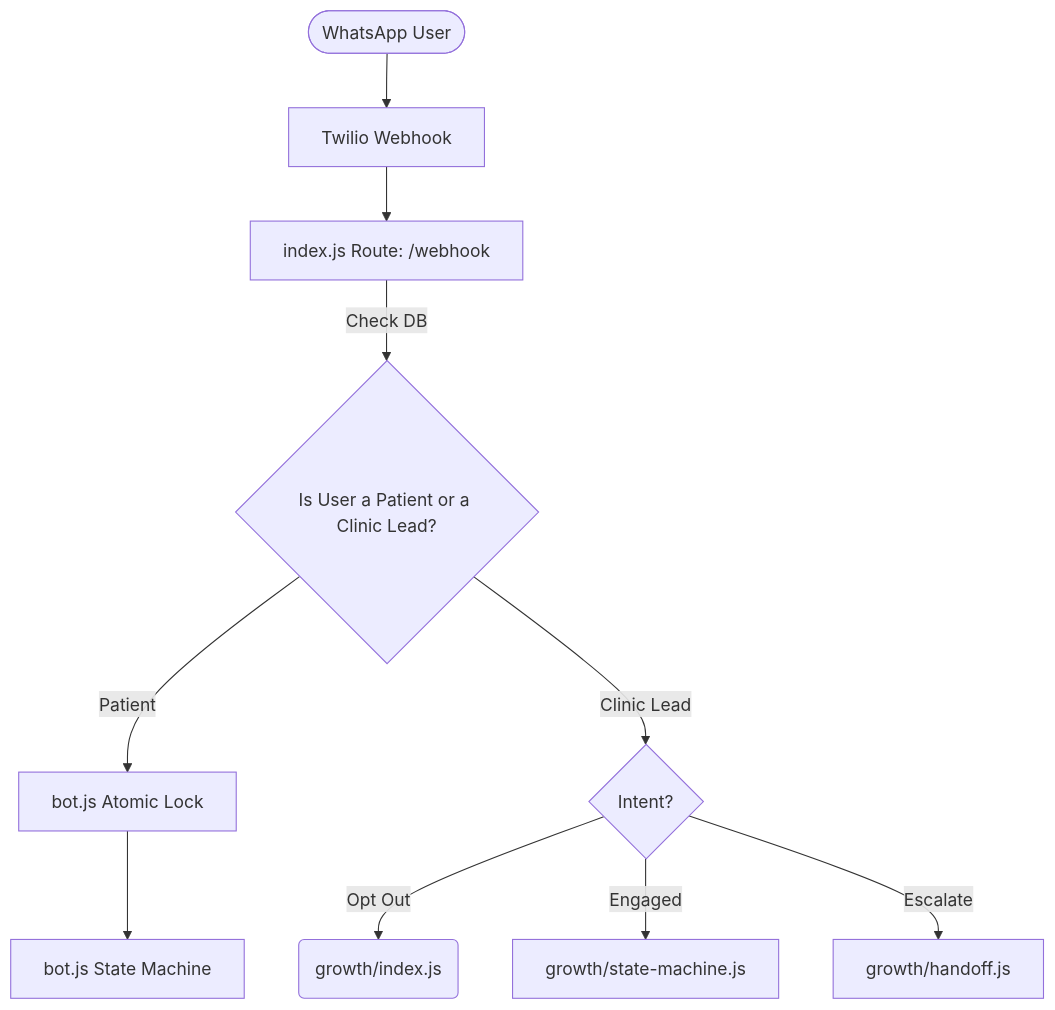
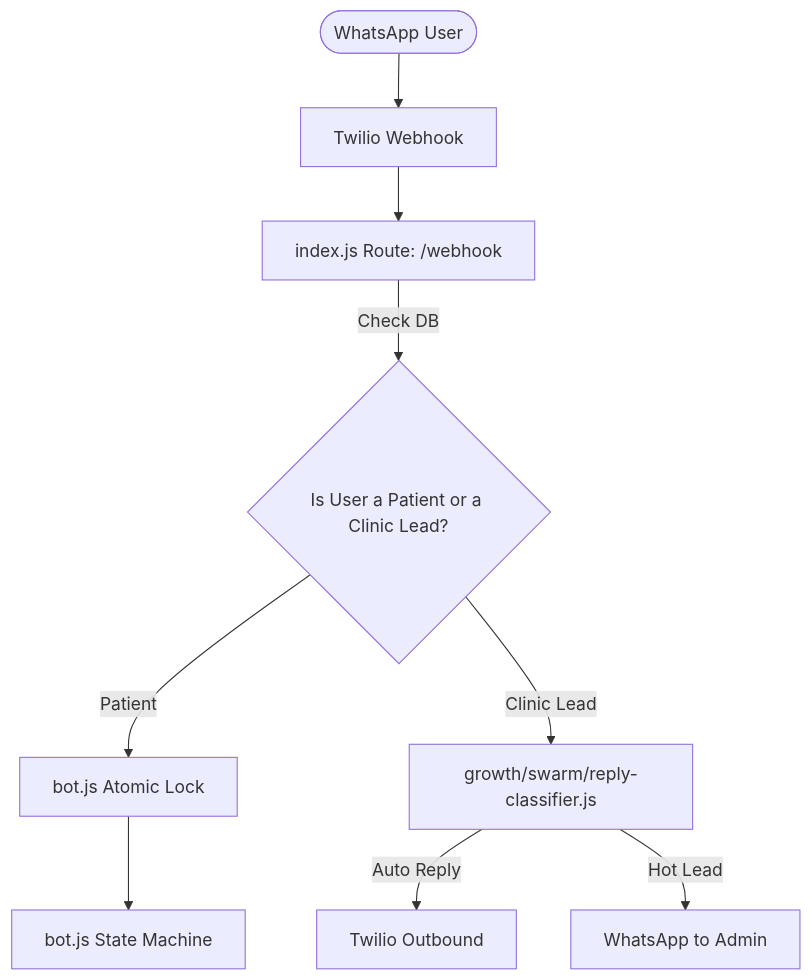
The diagram in QUDOZEN_BRAIN/SYSTEM_ARCHITECTURE.md (deadlock06/dental-bot), drawn with Mermaid before and after one commit. The commit also changed other lines of this file and 5 other files, not shown here.

````diff
--- a/QUDOZEN_BRAIN/SYSTEM_ARCHITECTURE.md
+++ b/QUDOZEN_BRAIN/SYSTEM_ARCHITECTURE.md
@@ -13,15 +13,14 @@
 ```mermaid
 graph TD
     User([WhatsApp User]) --> Twilio[Twilio Webhook]
     Twilio --> IndexJS[index.js Route: /webhook]
     
     IndexJS -->|Check DB| Split{Is User a Patient or a Clinic Lead?}
     
     Split -->|Patient| Lock[bot.js Atomic Lock]
     Lock --> DentalBot[bot.js State Machine]
     
-    Split -->|Clinic Lead| GSCheck{Intent?}
-    GSCheck -->|Opt Out| OptOut(growth/index.js)
-    GSCheck -->|Engaged| GSState[growth/state-machine.js]
-    GSCheck -->|Escalate| GSHandoff[growth/handoff.js]
+    Split -->|Clinic Lead| Classifier[growth/swarm/reply-classifier.js]
+    Classifier -->|Auto Reply| Outbound[Twilio Outbound]
+    Classifier -->|Hot Lead| JakeAlert[WhatsApp to Admin]
 ```
````
